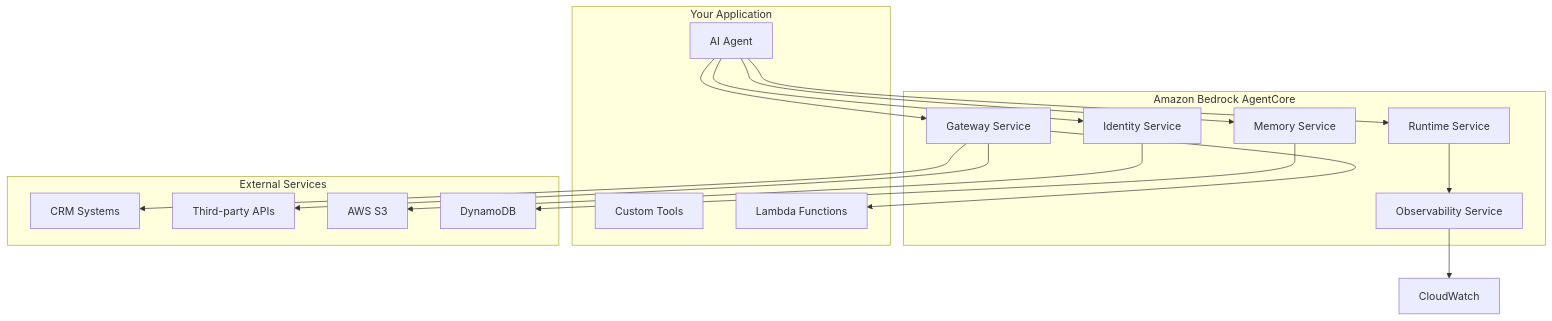
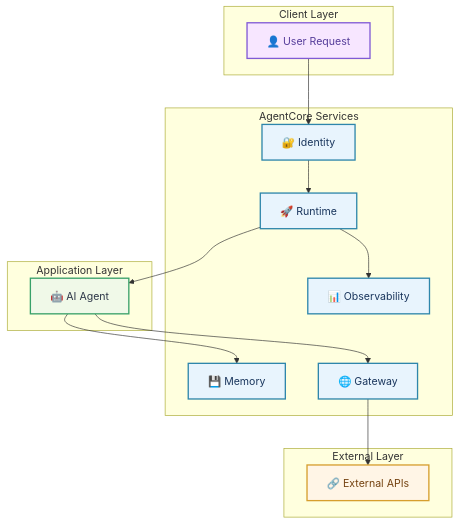
One commit to raphaelmansuy/tutorials changed the fourth of 4 diagrams in 43-aws-bedrock-agentcore.md. Above: the diagram before and after it, drawn with Mermaid. The commit also changed other lines of this file, not shown here.

Commit message:
Fix malformed Custom Metrics code block and improve diagrams for AWS Bedrock AgentCore tutorial

````diff
--- a/43-aws-bedrock-agentcore.md
+++ b/43-aws-bedrock-agentcore.md
@@ -69,38 +124,40 @@
 ```mermaid
 graph TB
-    subgraph "Amazon Bedrock AgentCore"
-        RT[Runtime Service]
-        MEM[Memory Service]
-        ID[Identity Service]
-        GW[Gateway Service]
-        OBS[Observability Service]
+    subgraph "Client Layer"
+        USER["👤 User Request"]
     end
     
-    subgraph "Your Application"
-        AGENT[AI Agent]
-        TOOLS[Custom Tools]
-        LAMBDA[Lambda Functions]
+    subgraph "AgentCore Services"
+        RT["🚀 Runtime"]
+        MEM["💾 Memory"]
+        ID["🔐 Identity"]
+        GW["🌐 Gateway"]
+        OBS["📊 Observability"]
     end
     
-    subgraph "External Services"
-        CRM[CRM Systems]
-        API[Third-party APIs]
-        S3[AWS S3]
-        DDB[DynamoDB]
+    subgraph "Application Layer"
+        AGENT["🤖 AI Agent"]
     end
     
-    AGENT --> RT
+    subgraph "External Layer"
+        EXT["🔗 External APIs"]
+    end
+    
+    USER --> ID
+    ID --> RT
+    RT --> AGENT
     AGENT --> MEM
-    AGENT --> ID
     AGENT --> GW
+    GW --> EXT
     RT --> OBS
     
-    GW --> LAMBDA
-    GW --> CRM
-    GW --> API
+    classDef client fill:#F7E6FF,stroke:#805AD5,stroke-width:2px,color:#553C9A
+    classDef core fill:#E8F4FD,stroke:#2E86AB,stroke-width:2px,color:#1A365D
+    classDef app fill:#F0F9E8,stroke:#38A169,stroke-width:2px,color:#2D3748
+    classDef ext fill:#FFF5E6,stroke:#D69E2E,stroke-width:2px,color:#744210
     
-    MEM --> DDB
-    ID --> S3
-    
-    OBS --> CloudWatch[CloudWatch]
+    class USER client
+    class RT,MEM,ID,GW,OBS core
+    class AGENT app
+    class EXT ext
 ```
````
